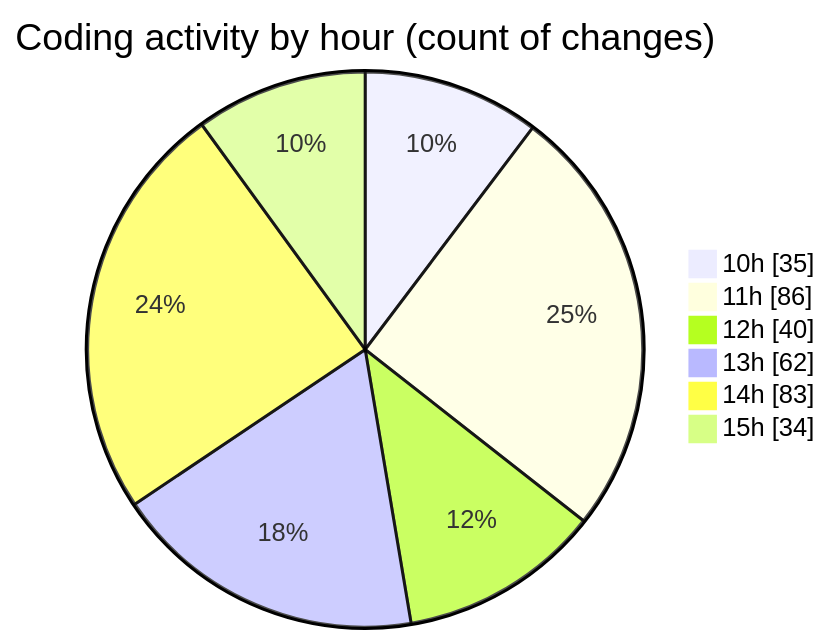
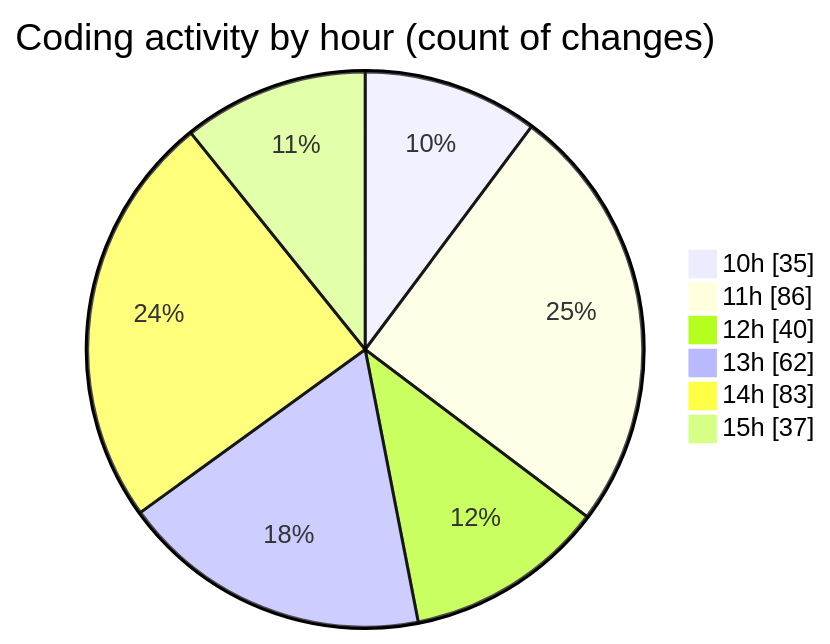
The second of 2 diagrams in 2025-03-28/cda/README.md (momahboobian/code-tracking), drawn with Mermaid before and after one commit. The commit also changed other lines of this file and 1 other file, not shown here.

````diff
--- a/2025-03-28/cda/README.md
+++ b/2025-03-28/cda/README.md
@@ -38,10 +39,10 @@
 ```mermaid
 pie showData
 title Coding activity by hour (count of changes)
 "10h" : 35
 "11h" : 86
 "12h" : 40
 "13h" : 62
 "14h" : 83
-"15h" : 34
+"15h" : 37
 ```
````
